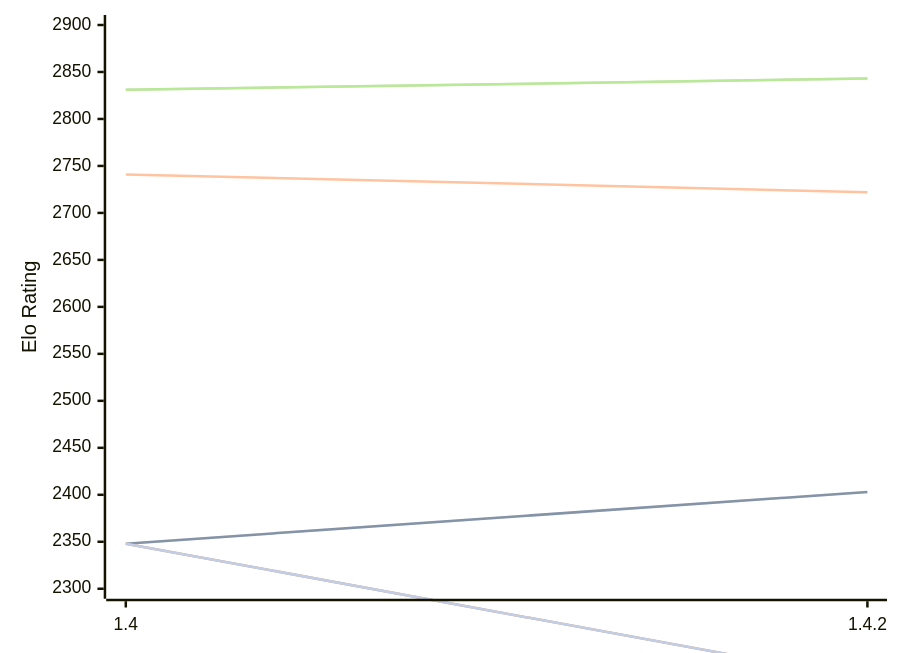
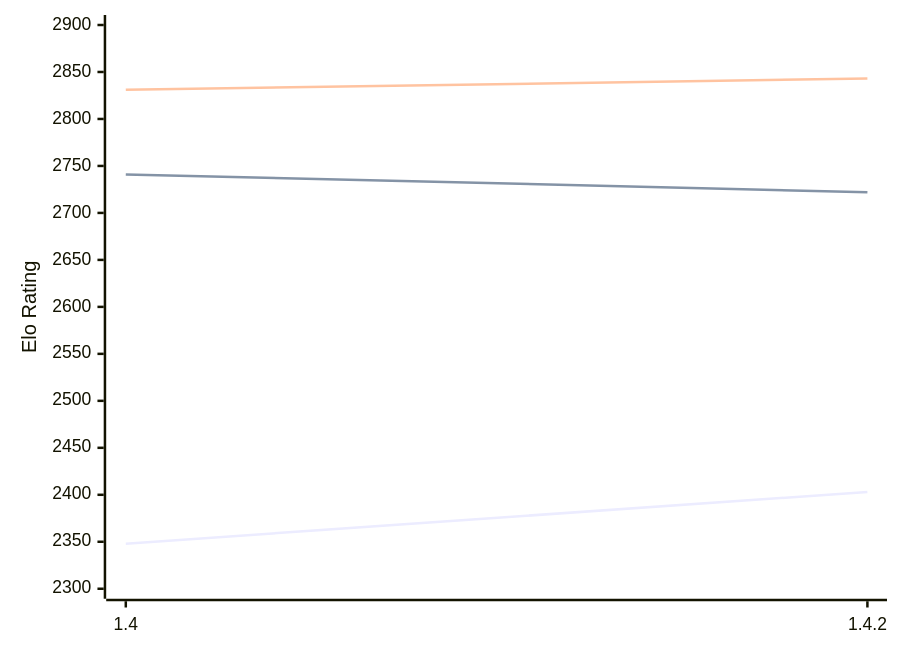
The diagram in engines/Spike.md (computer-chess-index/cci), drawn with Mermaid before and after one commit. The commit also changed other lines of this file, not shown here.

````diff
--- a/engines/Spike.md
+++ b/engines/Spike.md
@@ -48,13 +48,9 @@
 ```mermaid
 %%{init: {"theme":"base","themeVariables":{"seriesColors:['#a3a3a3','#222221','#faa371']}}}%%
 xychart-beta
   x-axis ["1.4", "1.4.2"]
   y-axis "Elo Rating" 2300 --> 2900
-  line "" [2348, 2403]
   line "T1: STC (8.0+0.08s)" [2348, 2403]
   line "T1: LTC (60.0+0.60s)" [2741, 2722]
-  line "" [2831, 2843]
   line "T1: VLTC (2m24s+1.12s)" [2831, 2843]
-  line "" [2348,2203]
-  line "E1: STC (8.0+0.08s)" [2348,2203]
 ```
````
